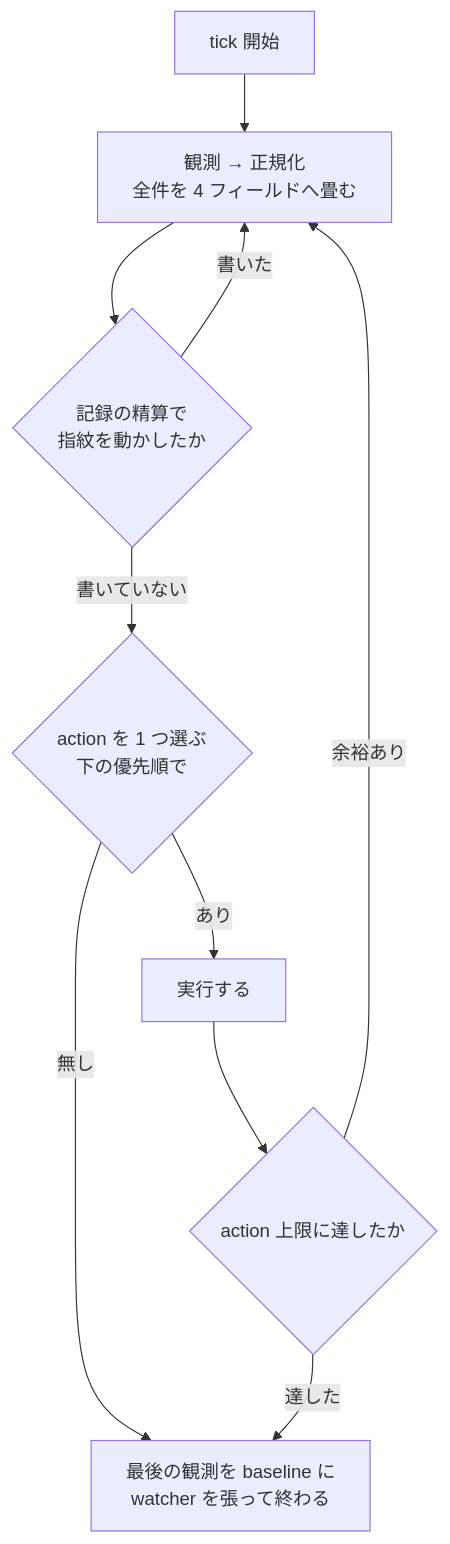
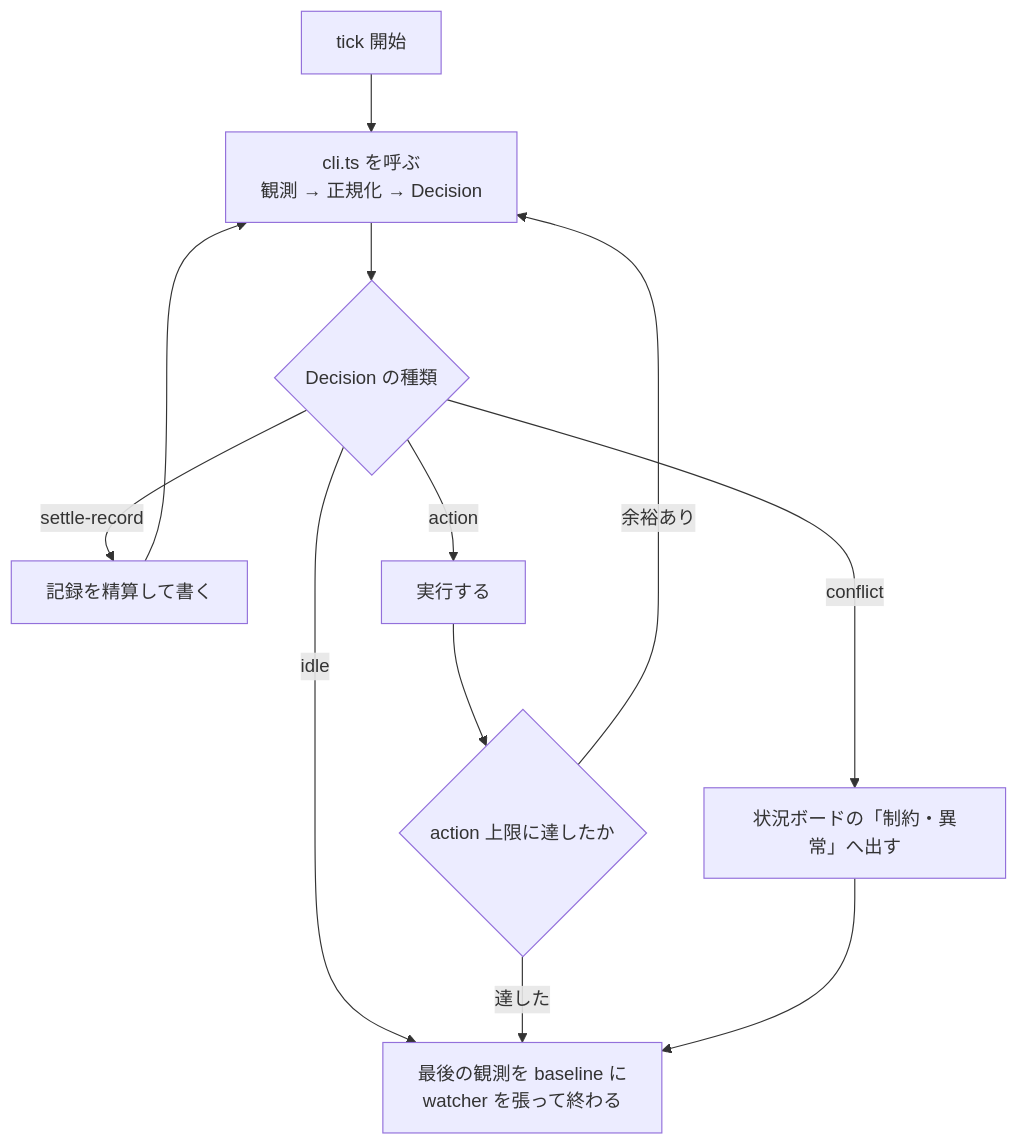
Before and after one commit to usagizmo/agentfiles: the diagram in agents/skills/conductor/SKILL.md, drawn with Mermaid. The commit also changed other lines of this file and 6 other files, not shown here.

````diff
--- a/agents/skills/conductor/SKILL.md
+++ b/agents/skills/conductor/SKILL.md
@@ -206,12 +195,14 @@
 ```mermaid
 flowchart TD
-    S[tick 開始] --> OB[観測 → 正規化<br/>全件を 4 フィールドへ畳む]
-    OB --> REC{記録の精算で<br/>指紋を動かしたか}
-    REC -->|書いた| OB
-    REC -->|書いていない| PICK{action を 1 つ選ぶ<br/>下の優先順で}
-    PICK -->|無し| END[最後の観測を baseline に<br/>watcher を張って終わる]
-    PICK -->|あり| DO[実行する]
+    S[tick 開始] --> D[cli.ts を呼ぶ<br/>観測 → 正規化 → Decision]
+    D --> K{Decision の種類}
+    K -->|settle-record| W[記録を精算して書く]
+    W --> D
+    K -->|conflict| R[状況ボードの「制約・異常」へ出す]
+    K -->|idle| END[最後の観測を baseline に<br/>watcher を張って終わる]
+    K -->|action| DO[実行する]
     DO --> A{action 上限に達したか}
     A -->|達した| END
-    A -->|余裕あり| OB
+    A -->|余裕あり| D
+    R --> END
 ```
````
